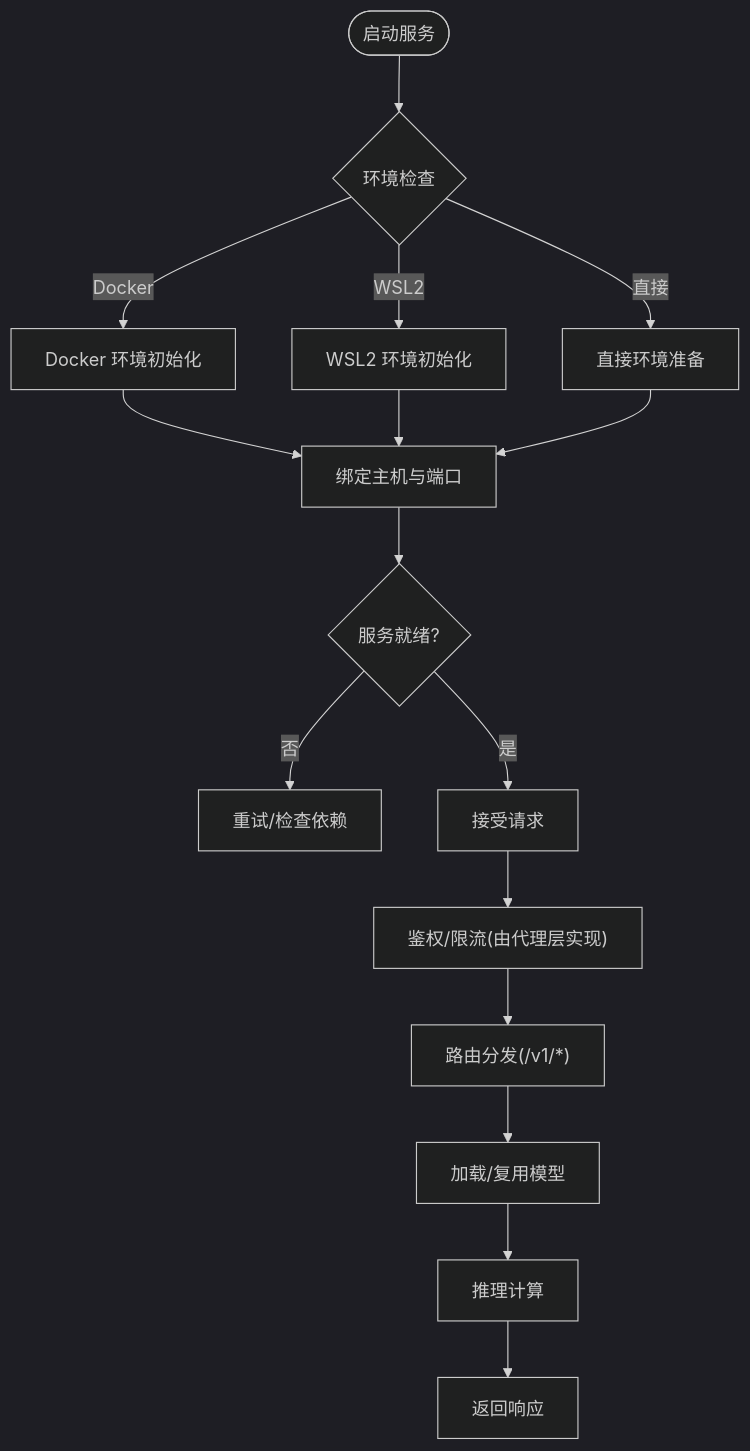
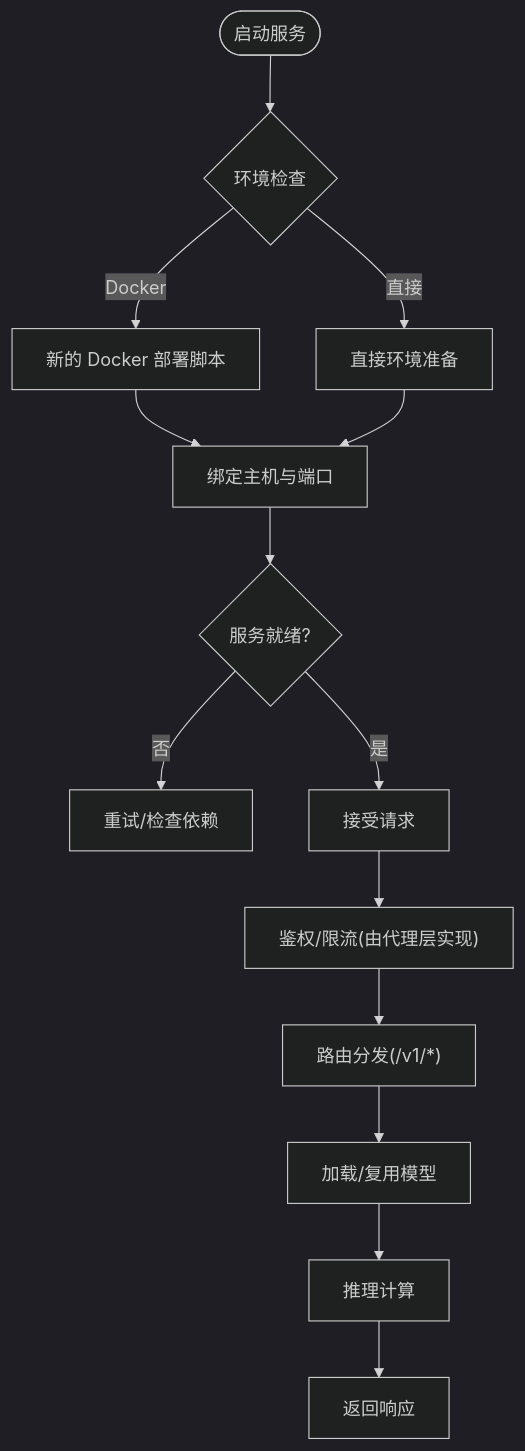
The fourth of 8 diagrams in .qoder/repowiki/zh/content/部署指南/部署指南.md (joezxh/kev), drawn with Mermaid (dark theme) before and after one commit. The commit also changed other lines of this file and 193 other files, not shown here.

````diff
--- a/.qoder/repowiki/zh/content/部署指南/部署指南.md
+++ b/.qoder/repowiki/zh/content/部署指南/部署指南.md
@@ -285,18 +338,16 @@
 ```mermaid
-graph TD
+flowchart TD
 Start(["启动服务"]) --> EnvCheck{"环境检查"}
-EnvCheck --> |Docker| DockerSetup["Docker 环境初始化"]
-EnvCheck --> |WSL2| WSLSetup["WSL2 环境初始化"]
+EnvCheck --> |Docker| DockerSetup["新的 Docker 部署脚本"]
 EnvCheck --> |直接| DirectSetup["直接环境准备"]
 DockerSetup --> Bind["绑定主机与端口"]
-WSLSetup --> Bind
 DirectSetup --> Bind
 Bind --> Ready{"服务就绪?"}
 Ready --> |否| Retry["重试/检查依赖"]
 Ready --> |是| Accept["接受请求"]
 Accept --> Auth["鉴权/限流(由代理层实现)"]
 Auth --> Route["路由分发(/v1/*)"]
 Route --> Model["加载/复用模型"]
 Model --> Infer["推理计算"]
 Infer --> Resp["返回响应"]
 ```
````
